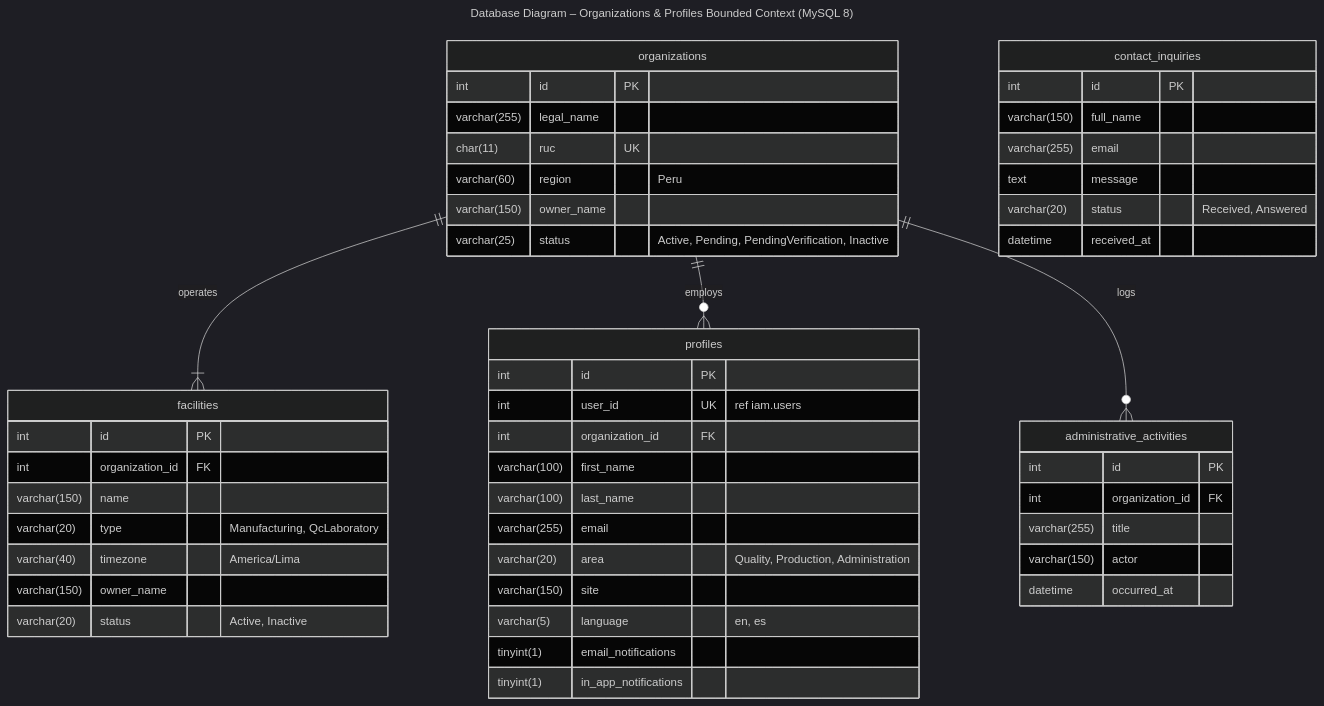
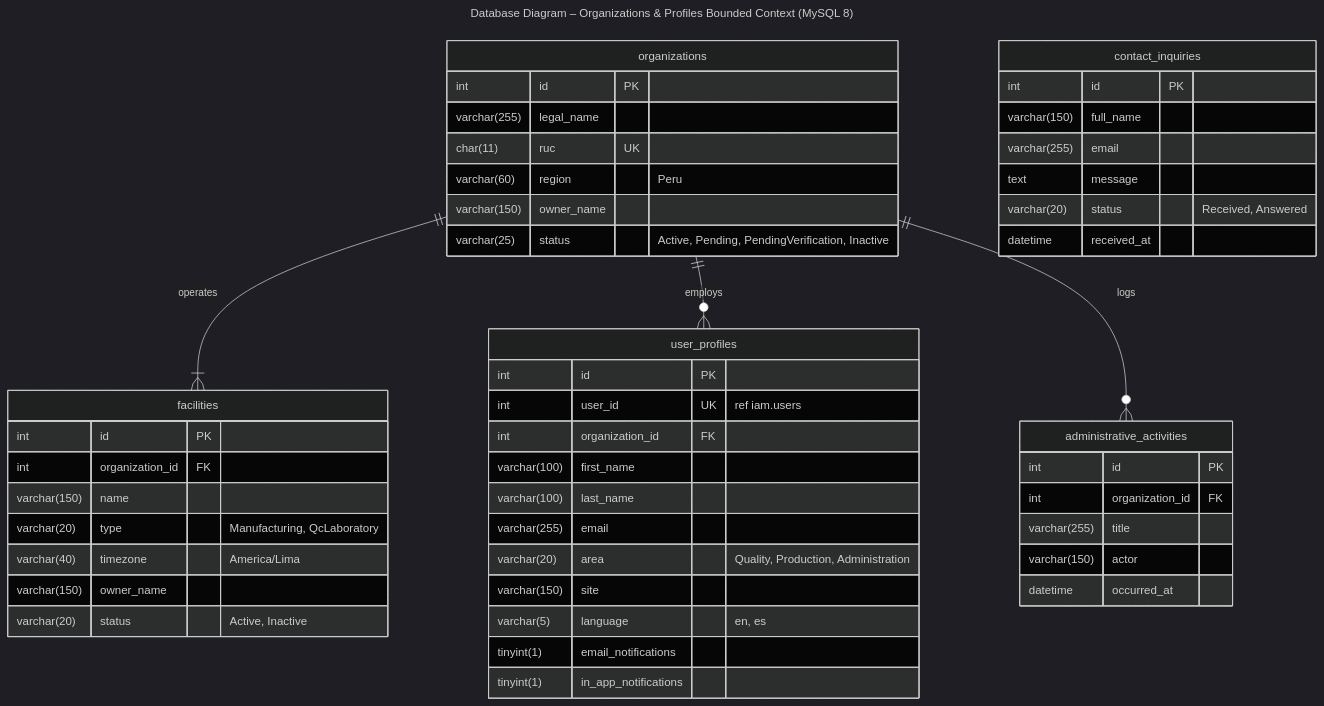
Before and after one commit to IngesCompanyCC/doofplus-report: the diagram in assets/diagrams/mermaid/db-02-organizations.mmd, drawn with Mermaid (dark theme). The commit also changed 4 other files, not shown here.

Commit message:
fix(diagrams): name the profiles table user_profiles like the web app and the backend

```diff
--- a/assets/diagrams/mermaid/db-02-organizations.mmd
+++ b/assets/diagrams/mermaid/db-02-organizations.mmd
@@ -1,52 +1,52 @@
 ---
 title: "Database Diagram – Organizations & Profiles Bounded Context (MySQL 8)"
 ---
 erDiagram
   organizations {
     int id PK
     varchar(255) legal_name
     char(11) ruc UK
     varchar(60) region "Peru"
     varchar(150) owner_name
     varchar(25) status "Active, Pending, PendingVerification, Inactive"
   }
   facilities {
     int id PK
     int organization_id FK
     varchar(150) name
     varchar(20) type "Manufacturing, QcLaboratory"
     varchar(40) timezone "America/Lima"
     varchar(150) owner_name
     varchar(20) status "Active, Inactive"
   }
-  profiles {
+  user_profiles {
     int id PK
     int user_id UK "ref iam.users"
     int organization_id FK
     varchar(100) first_name
     varchar(100) last_name
     varchar(255) email
     varchar(20) area "Quality, Production, Administration"
     varchar(150) site
     varchar(5) language "en, es"
     tinyint(1) email_notifications
     tinyint(1) in_app_notifications
   }
   administrative_activities {
     int id PK
     int organization_id FK
     varchar(255) title
     varchar(150) actor
     datetime occurred_at
   }
   contact_inquiries {
     int id PK
     varchar(150) full_name
     varchar(255) email
     text message
     varchar(20) status "Received, Answered"
     datetime received_at
   }
   organizations ||--|{ facilities : "operates"
-  organizations ||--o{ profiles : "employs"
+  organizations ||--o{ user_profiles : "employs"
   organizations ||--o{ administrative_activities : "logs"
```
